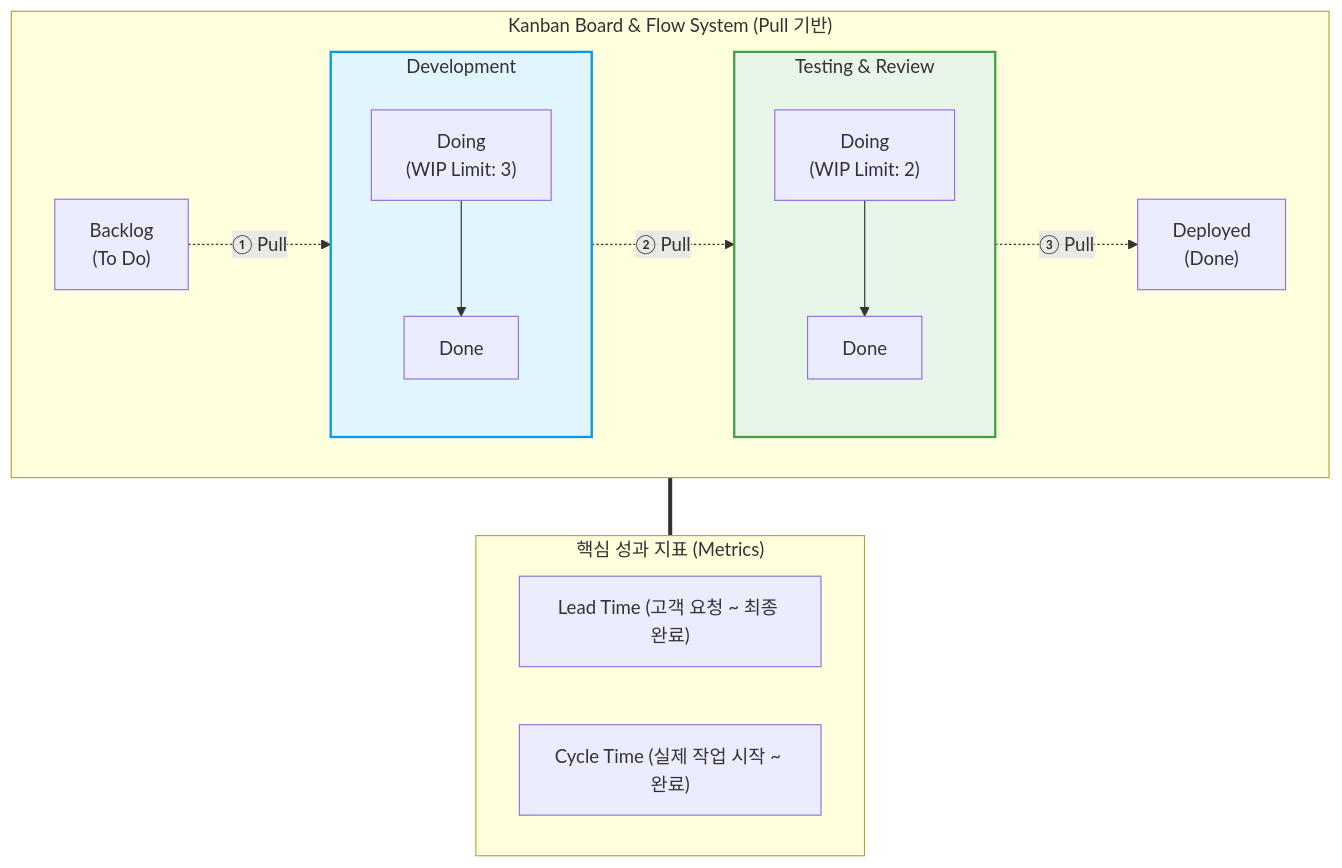
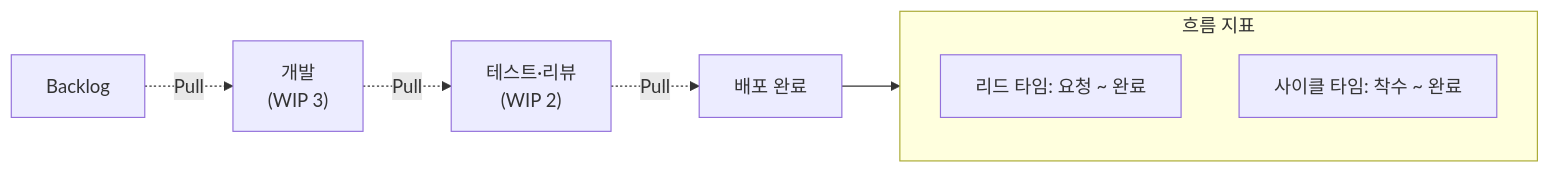
Before and after one commit to supremethumb/supremethumb.github.io: the diagram in content/01_IT Tech/Kanban (development) 프로세스.md, drawn with Mermaid. The commit also changed other lines of this file and 1087 other files, not shown here.

````diff
--- a/content/01_IT Tech/Kanban (development) 프로세스.md
+++ b/content/01_IT Tech/Kanban (development) 프로세스.md
@@ -25,39 +36,12 @@
 ```mermaid
-flowchart TB
-    subgraph Kanban_System["Kanban Board & Flow System (Pull 기반)"]
-        direction LR
-        BACK["Backlog<br/>(To Do)"]
-        
-        subgraph DEV["Development"]
-            direction TB
-            D_DO["Doing<br/>(WIP Limit: 3)"]
-            D_DONE["Done"]
-            D_DO --> D_DONE
-        end
-        
-        subgraph TEST["Testing & Review"]
-            direction TB
-            T_DO["Doing<br/>(WIP Limit: 2)"]
-            T_DONE["Done"]
-            T_DO --> T_DONE
-        end
-        
-        DONE["Deployed<br/>(Done)"]
-
-        BACK -. "① Pull" .-> DEV
-        DEV -. "② Pull" .-> TEST
-        TEST -. "③ Pull" .-> DONE
+flowchart LR
+    BL["Backlog"] -. "Pull" .-> DEV["개발<br/>(WIP 3)"]
+    DEV -. "Pull" .-> TST["테스트·리뷰<br/>(WIP 2)"]
+    TST -. "Pull" .-> DONE["배포 완료"]
+    subgraph M ["흐름 지표"]
+        direction TB
+        LT["리드 타임: 요청 ~ 완료"]
+        CT["사이클 타임: 착수 ~ 완료"]
     end
-
-    subgraph Metrics["핵심 성과 지표 (Metrics)"]
-        direction LR
-        LT["Lead Time (고객 요청 ~ 최종 완료)"]
-        CT["Cycle Time (실제 작업 시작 ~ 완료)"]
-    end
-
-    Kanban_System === Metrics
-    
-    style DEV fill:#e1f5fe,stroke:#039be5,stroke-width:2px
-    style TEST fill:#e8f5e9,stroke:#43a047,stroke-width:2px
-
+    DONE --> M
 ```
````
